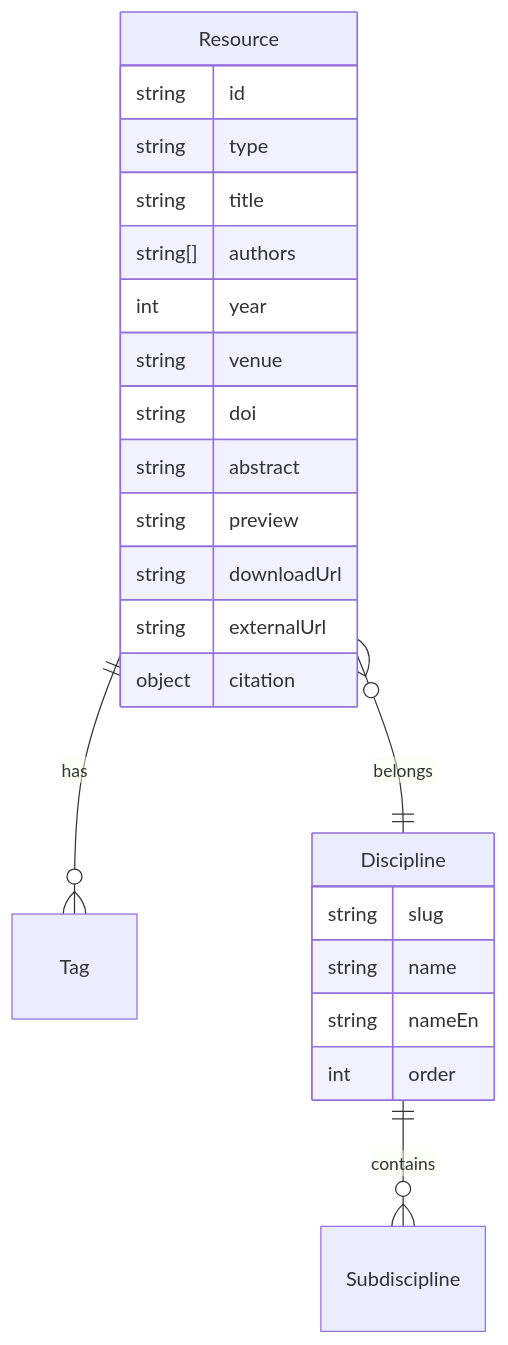
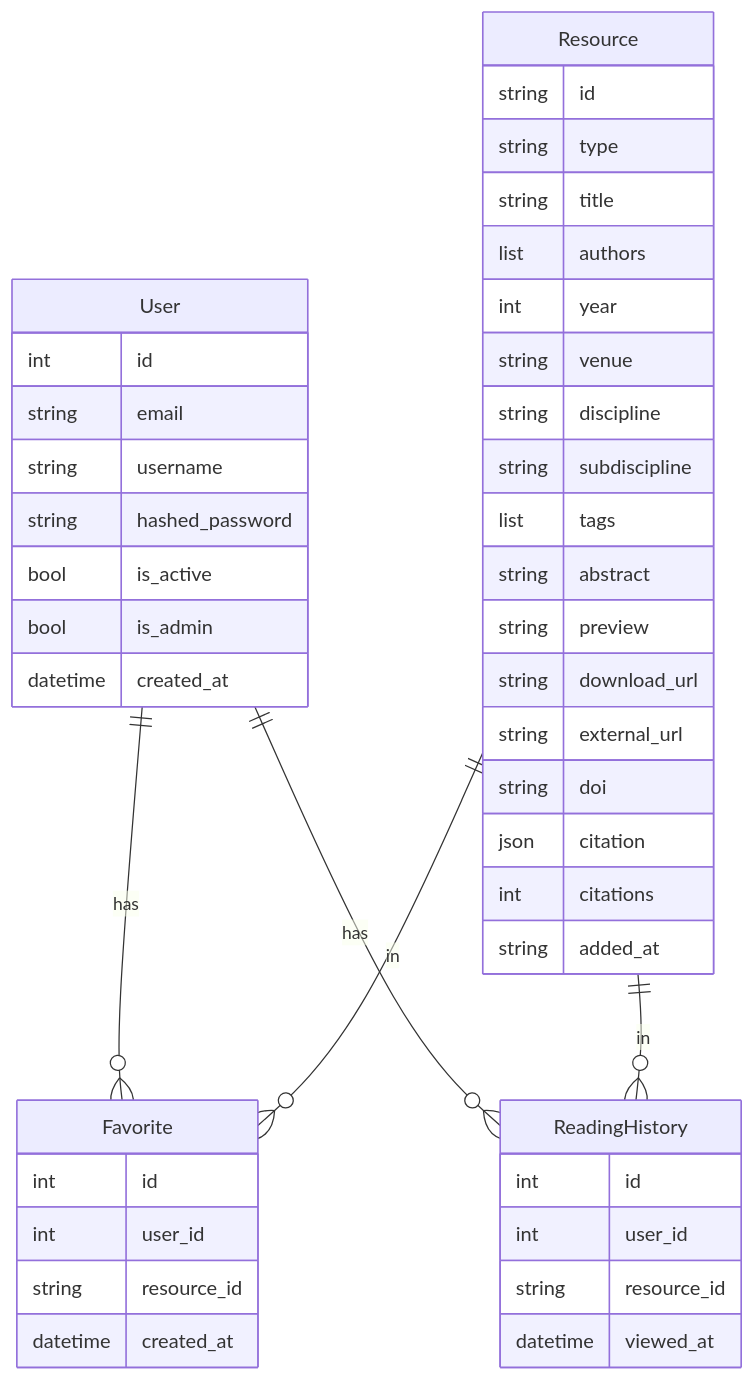
Before and after one commit to MS33834/scholarhub: the second of 2 diagrams in .trae/documents/TECHNICAL.md, drawn with Mermaid. The commit also changed other lines of this file and 164 other files, not shown here.

````diff
--- a/.trae/documents/TECHNICAL.md
+++ b/.trae/documents/TECHNICAL.md
@@ -79,27 +80,48 @@
 ```mermaid
 erDiagram
-    Resource ||--o{ Tag : has
-    Resource }o--|| Discipline : belongs
-    Discipline ||--o{ Subdiscipline : contains
+    User ||--o{ Favorite : has
+    User ||--o{ ReadingHistory : has
+    Resource ||--o{ Favorite : in
+    Resource ||--o{ ReadingHistory : in
 
+    User {
+        int id
+        string email
+        string username
+        string hashed_password
+        bool is_active
+        bool is_admin
+        datetime created_at
+    }
     Resource {
         string id
         string type
         string title
-        string[] authors
+        list authors
         int year
         string venue
-        string doi
+        string discipline
+        string subdiscipline
+        list tags
         string abstract
         string preview
-        string downloadUrl
-        string externalUrl
-        object citation
+        string download_url
+        string external_url
+        string doi
+        json citation
+        int citations
+        string added_at
     }
-    Discipline {
-        string slug
-        string name
-        string nameEn
-        int order
+    Favorite {
+        int id
+        int user_id
+        string resource_id
+        datetime created_at
+    }
+    ReadingHistory {
+        int id
+        int user_id
+        string resource_id
+        datetime viewed_at
     }
 ```
````
